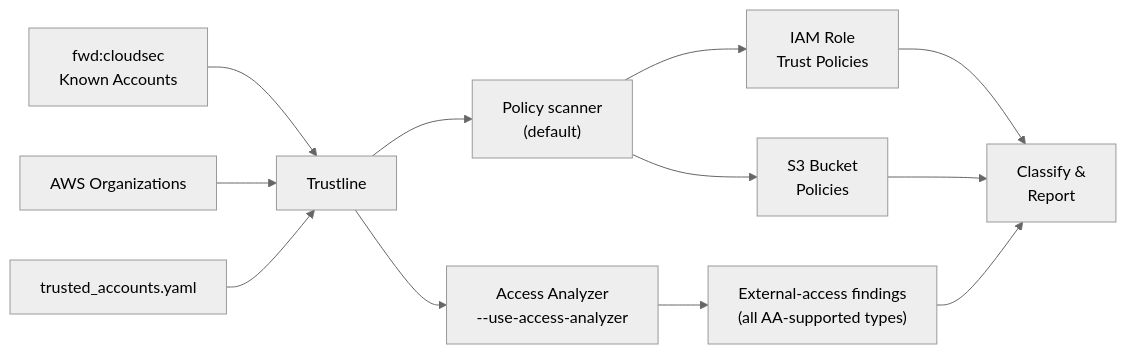
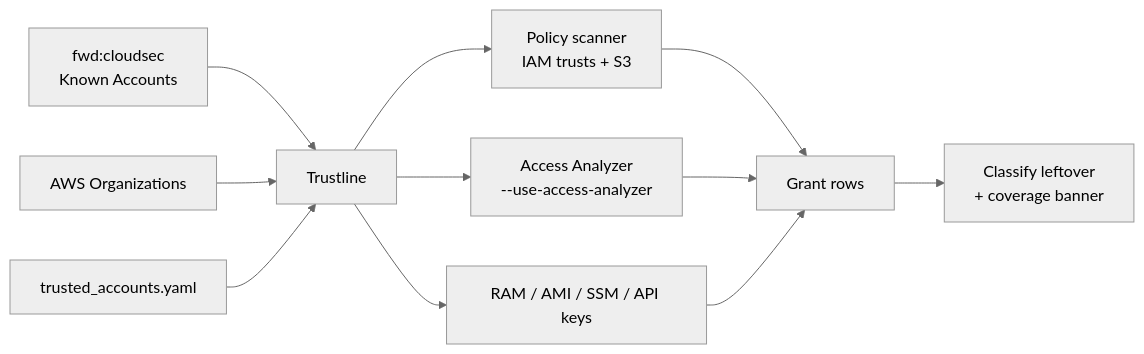
The diagram in README.md (zoph-io/aws-trustline), drawn with Mermaid (neutral theme) before and after one commit. The commit also changed other lines of this file and 9 other files, not shown here.

First line of the commit message:
feat: expand external access into grant rows (P0–P2)

````diff
--- a/README.md
+++ b/README.md
@@ -24,14 +23,13 @@
 ```mermaid
 flowchart LR
     A["fwd:cloudsec<br/>Known Accounts"] --> D[Trustline]
     B[AWS Organizations] --> D
     C[trusted_accounts.yaml] --> D
-    D --> P["Policy scanner<br/>(default)"]
+    D --> P["Policy scanner<br/>IAM trusts + S3"]
     D --> AA["Access Analyzer<br/>--use-access-analyzer"]
-    P --> E["IAM Role<br/>Trust Policies"]
-    P --> F["S3 Bucket<br/>Policies"]
-    AA --> G["External-access findings<br/>(all AA-supported types)"]
-    E --> R["Classify &<br/>Report"]
-    F --> R
-    G --> R
+    D --> X["RAM / AMI / SSM / API keys"]
+    P --> G["Grant rows"]
+    AA --> G
+    X --> G
+    G --> R["Classify leftover<br/>+ coverage banner"]
 ```
````
